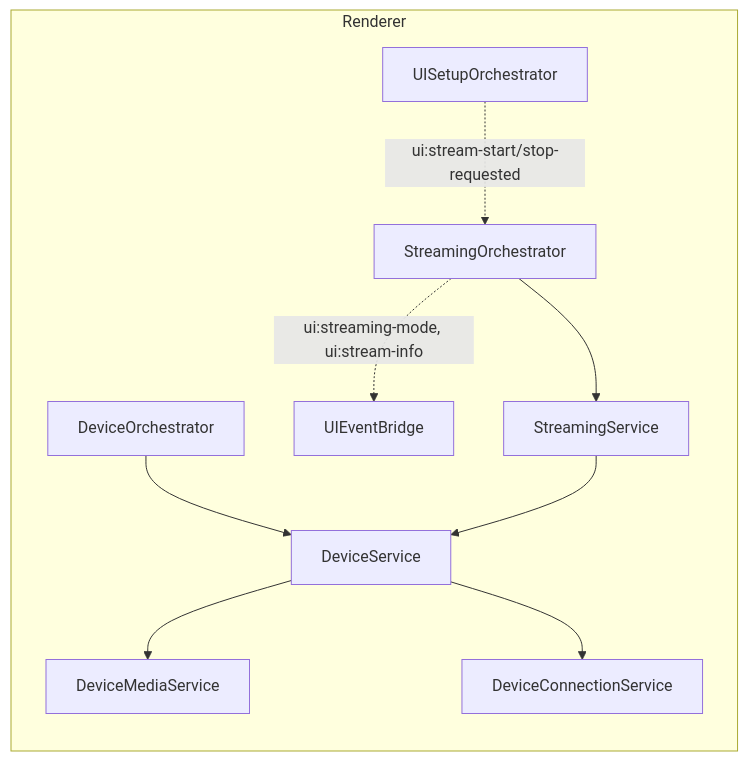
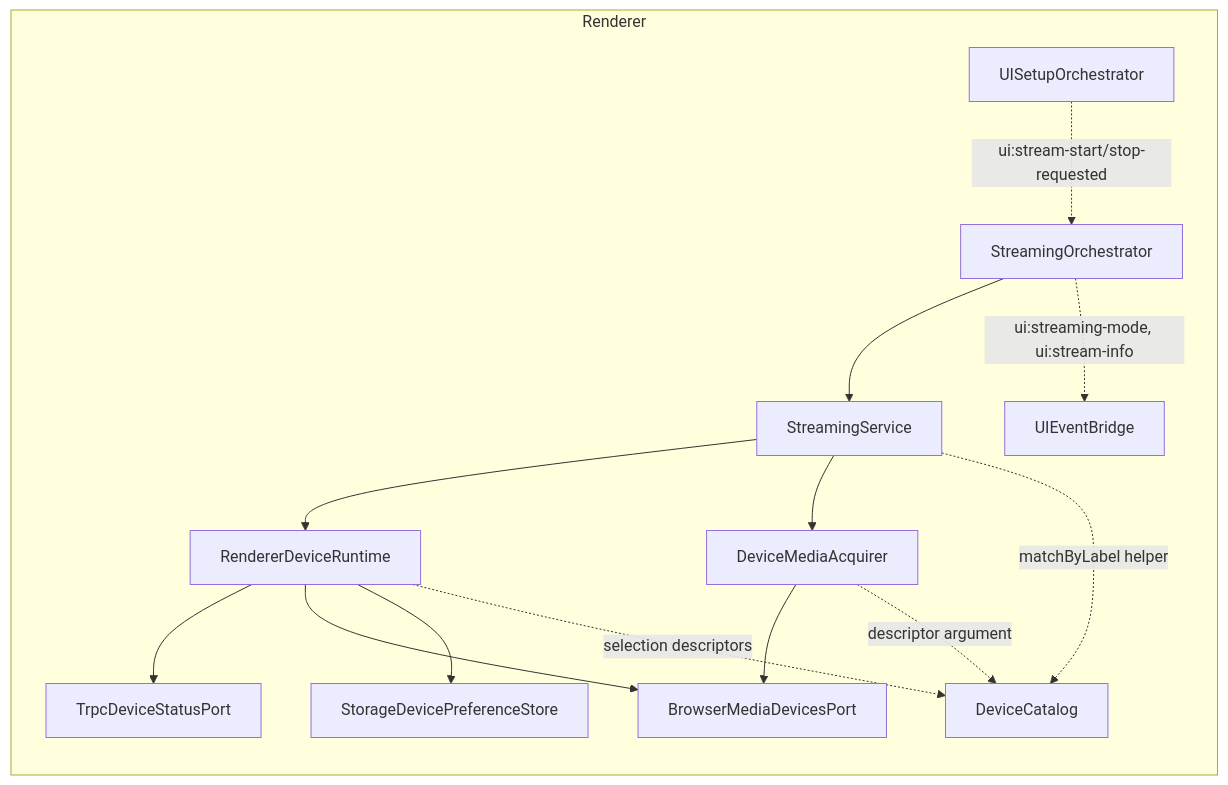
The second of 8 diagrams in docs/architecture-diagrams.md (josstei/prismgb-app), drawn with Mermaid before and after one commit. The commit also changed other lines of this file and 995 other files, not shown here.

````diff
--- a/docs/architecture-diagrams.md
+++ b/docs/architecture-diagrams.md
@@ -37,21 +50,28 @@
 ```mermaid
 flowchart LR
   subgraph RENDERER[Renderer]
     UISetupOrchestrator[UISetupOrchestrator]
     StreamingOrchestrator[StreamingOrchestrator]
     StreamingService[StreamingService]
-    DeviceOrchestrator[DeviceOrchestrator]
-    DeviceService[DeviceService]
-    DeviceMediaService[DeviceMediaService]
-    DeviceConnectionService[DeviceConnectionService]
+    RendererDeviceRuntime[RendererDeviceRuntime]
+    DeviceMediaAcquirer[DeviceMediaAcquirer]
+    TrpcDeviceStatusPort[TrpcDeviceStatusPort]
+    BrowserMediaDevicesPort[BrowserMediaDevicesPort]
+    StorageDevicePreferenceStore[StorageDevicePreferenceStore]
+    DeviceCatalog[DeviceCatalog]
     UIEventBridge[UIEventBridge]
   end
 
   UISetupOrchestrator -. "ui:stream-start/stop-requested" .-> StreamingOrchestrator
   StreamingOrchestrator --> StreamingService
   StreamingOrchestrator -. "ui:streaming-mode, ui:stream-info" .-> UIEventBridge
-  DeviceOrchestrator --> DeviceService
-  StreamingService --> DeviceService
-  DeviceService --> DeviceMediaService
-  DeviceService --> DeviceConnectionService
+  StreamingService --> RendererDeviceRuntime
+  StreamingService --> DeviceMediaAcquirer
+  StreamingService -. "matchByLabel helper" .-> DeviceCatalog
+  RendererDeviceRuntime --> TrpcDeviceStatusPort
+  RendererDeviceRuntime --> BrowserMediaDevicesPort
+  RendererDeviceRuntime --> StorageDevicePreferenceStore
+  RendererDeviceRuntime -. "selection descriptors" .-> DeviceCatalog
+  DeviceMediaAcquirer --> BrowserMediaDevicesPort
+  DeviceMediaAcquirer -. "descriptor argument" .-> DeviceCatalog
 ```
````
